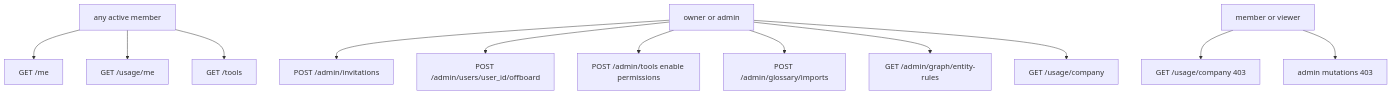
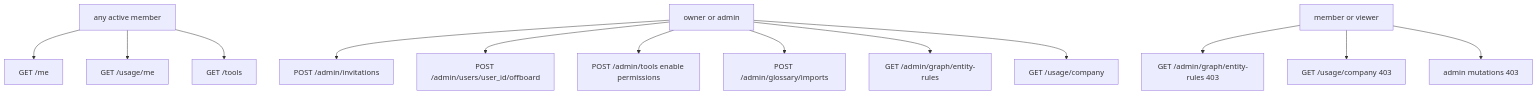
The diagram in docs/frontend/ADMINISTRATION.md (Nagdy8888/smart-rag), drawn with Mermaid before and after one commit. The commit also changed other lines of this file and 33 other files, not shown here.

````diff
--- a/docs/frontend/ADMINISTRATION.md
+++ b/docs/frontend/ADMINISTRATION.md
@@ -49,14 +51,15 @@
 ```mermaid
 flowchart TD
   anyMember["any active member"] --> meGet["GET /me"]
   anyMember --> usageMe["GET /usage/me"]
   anyMember --> toolsGet["GET /tools"]
   ownerAdmin["owner or admin"] --> invitePost["POST /admin/invitations"]
   ownerAdmin --> offboardPost["POST /admin/users/user_id/offboard"]
   ownerAdmin --> toolAdmin["POST /admin/tools enable permissions"]
   ownerAdmin --> glossaryPost["POST /admin/glossary/imports"]
   ownerAdmin --> rulesGet["GET /admin/graph/entity-rules"]
   ownerAdmin --> usageCompany["GET /usage/company"]
-  memberViewer["member or viewer"] --> company403["GET /usage/company 403"]
+  memberViewer["member or viewer"] --> admin403["GET /admin/graph/entity-rules 403"]
+  memberViewer --> company403["GET /usage/company 403"]
   memberViewer --> mutate403["admin mutations 403"]
 ```
````
